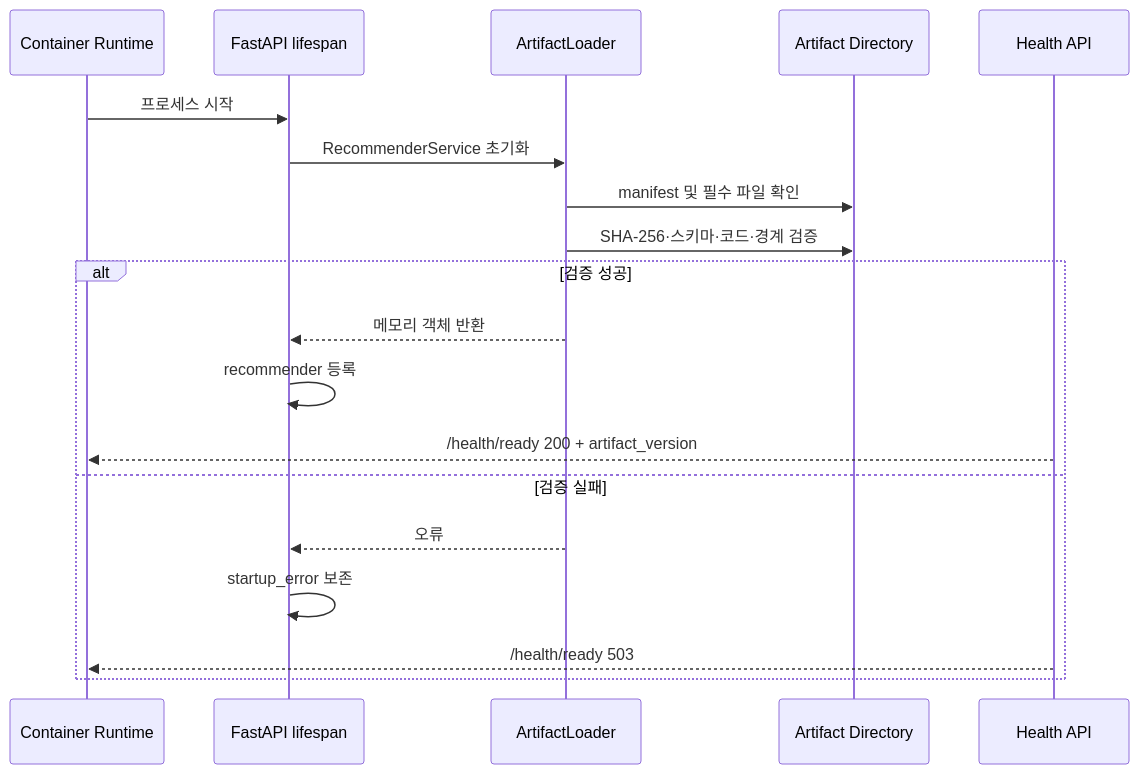
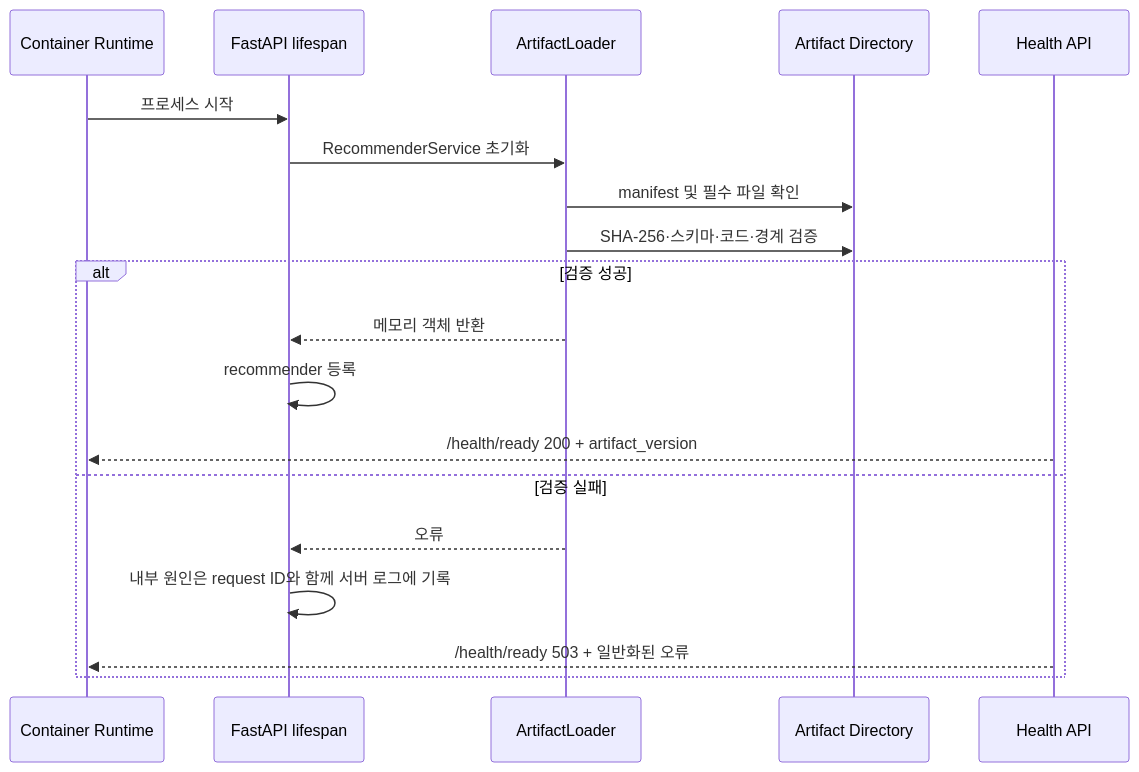
The sixth of 7 diagrams in docs/system-diagrams.md (SHS0814/locationfit), drawn with Mermaid before and after one commit. The commit also changed other lines of this file and 15 other files, not shown here.

````diff
--- a/docs/system-diagrams.md
+++ b/docs/system-diagrams.md
@@ -431,22 +431,22 @@
 ```mermaid
 sequenceDiagram
     participant O as Container Runtime
     participant API as FastAPI lifespan
     participant L as ArtifactLoader
     participant A as Artifact Directory
     participant H as Health API
 
     O->>API: 프로세스 시작
     API->>L: RecommenderService 초기화
     L->>A: manifest 및 필수 파일 확인
     L->>A: SHA-256·스키마·코드·경계 검증
     alt 검증 성공
         L-->>API: 메모리 객체 반환
         API->>API: recommender 등록
         H-->>O: /health/ready 200 + artifact_version
     else 검증 실패
         L-->>API: 오류
-        API->>API: startup_error 보존
-        H-->>O: /health/ready 503
+        API->>API: 내부 원인은 request ID와 함께 서버 로그에 기록
+        H-->>O: /health/ready 503 + 일반화된 오류
     end
 ```
````
